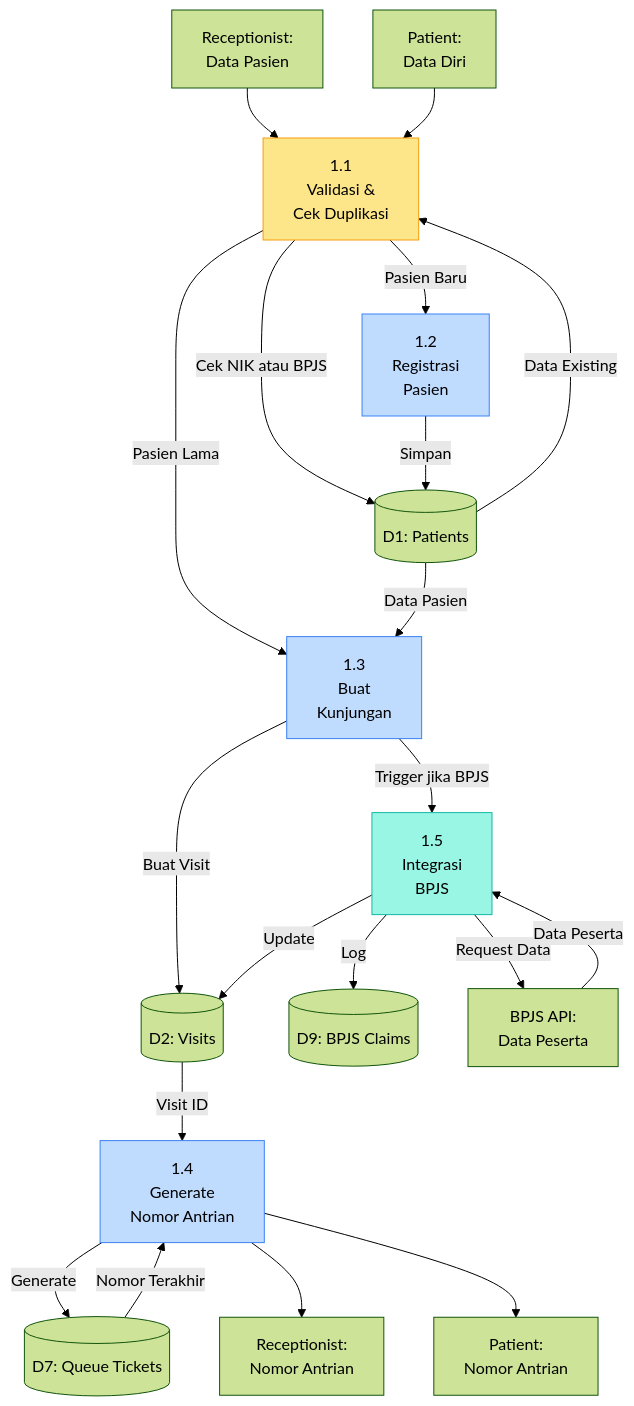
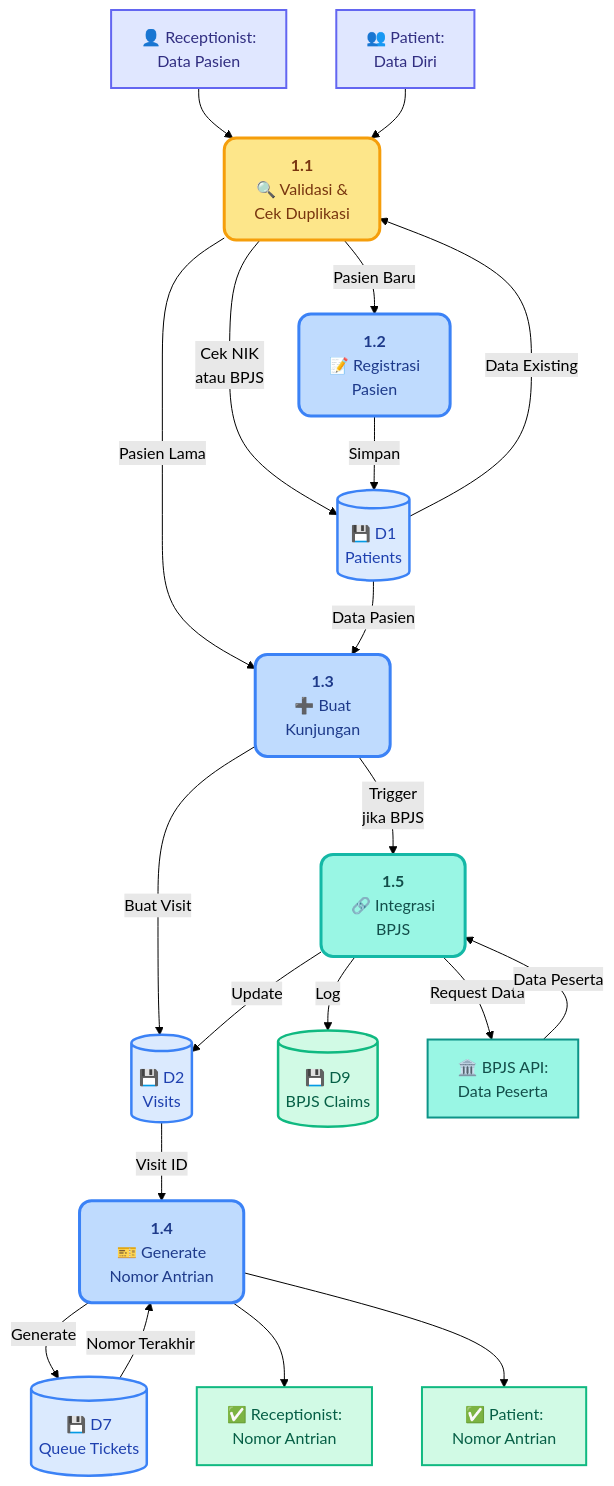
Before and after one commit to Haluluya/Simpus: the third of 7 diagrams in docs/dfd.md, drawn with Mermaid (forest theme). The commit also changed other lines of this file, not shown here.

````diff
--- a/docs/dfd.md
+++ b/docs/dfd.md
@@ -234,57 +266,69 @@
 ```mermaid
 flowchart TB
     %% Inputs
-    IN1[Receptionist:<br/>Data Pasien]
-    IN2[Patient:<br/>Data Diri]
-    
+    IN1["👤 Receptionist:<br/>Data Pasien"]
+    IN2["👥 Patient:<br/>Data Diri"]
+
     %% Sub-processes
-    P11[1.1<br/>Validasi &<br/>Cek Duplikasi]
-    P12[1.2<br/>Registrasi<br/>Pasien]
-    P13[1.3<br/>Buat<br/>Kunjungan]
-    P14[1.4<br/>Generate<br/>Nomor Antrian]
-    P15[1.5<br/>Integrasi<br/>BPJS]
-    
+    P11["<b>1.1</b><br/>🔍 Validasi &<br/>Cek Duplikasi"]
+    P12["<b>1.2</b><br/>📝 Registrasi<br/>Pasien"]
+    P13["<b>1.3</b><br/>➕ Buat<br/>Kunjungan"]
+    P14["<b>1.4</b><br/>🎫 Generate<br/>Nomor Antrian"]
+    P15["<b>1.5</b><br/>🔗 Integrasi<br/>BPJS"]
+
     %% Data Stores
-    DS1[(D1: Patients)]
-    DS2[(D2: Visits)]
-    DS7[(D7: Queue Tickets)]
-    DS9[(D9: BPJS Claims)]
-    
+    DS1[("💾 D1<br/>Patients")]
+    DS2[("💾 D2<br/>Visits")]
+    DS7[("💾 D7<br/>Queue Tickets")]
+    DS9[("💾 D9<br/>BPJS Claims")]
+
     %% Outputs
-    OUT1[Receptionist:<br/>Nomor Antrian]
-    OUT2[Patient:<br/>Nomor Antrian]
-    BPJS[BPJS API:<br/>Data Peserta]
-    
+    OUT1["✅ Receptionist:<br/>Nomor Antrian"]
+    OUT2["✅ Patient:<br/>Nomor Antrian"]
+    BPJS["🏛️ BPJS API:<br/>Data Peserta"]
+
     %% Flow
     IN1 --> P11
     IN2 --> P11
-    P11 -->|Cek NIK atau BPJS| DS1
-    DS1 -->|Data Existing| P11
-    
-    P11 -->|Pasien Baru| P12
-    P11 -->|Pasien Lama| P13
-    
-    P12 -->|Simpan| DS1
-    
-    P13 -->|Buat Visit| DS2
-    DS1 -->|Data Pasien| P13
-    
-    P13 -->|Trigger jika BPJS| P15
-    P15 -->|Request Data| BPJS
-    BPJS -->|Data Peserta| P15
-    P15 -->|Update| DS2
-    P15 -->|Log| DS9
-    
-    DS2 -->|Visit ID| P14
-    P14 -->|Generate| DS7
-    DS7 -->|Nomor Terakhir| P14
-    
+    P11 -->|"Cek NIK<br/>atau BPJS"| DS1
+    DS1 -->|"Data Existing"| P11
+
+    P11 -->|"Pasien Baru"| P12
+    P11 -->|"Pasien Lama"| P13
+
+    P12 -->|"Simpan"| DS1
+
+    P13 -->|"Buat Visit"| DS2
+    DS1 -->|"Data Pasien"| P13
+
+    P13 -->|"Trigger<br/>jika BPJS"| P15
+    P15 -->|"Request Data"| BPJS
+    BPJS -->|"Data Peserta"| P15
+    P15 -->|"Update"| DS2
+    P15 -->|"Log"| DS9
+
+    DS2 -->|"Visit ID"| P14
+    P14 -->|"Generate"| DS7
+    DS7 -->|"Nomor Terakhir"| P14
+
     P14 --> OUT1
     P14 --> OUT2
-    
-    style P11 fill:#fde68a,stroke:#f59e0b
-    style P12 fill:#bfdbfe,stroke:#3b82f6
-    style P13 fill:#bfdbfe,stroke:#3b82f6
-    style P14 fill:#bfdbfe,stroke:#3b82f6
-    style P15 fill:#99f6e4,stroke:#14b8a6
+
+    %% Modern Styling
+    style P11 fill:#fde68a,stroke:#f59e0b,stroke-width:3px,color:#78350f,rx:12,ry:12
+    style P12 fill:#bfdbfe,stroke:#3b82f6,stroke-width:3px,color:#1e3a8a,rx:12,ry:12
+    style P13 fill:#bfdbfe,stroke:#3b82f6,stroke-width:3px,color:#1e3a8a,rx:12,ry:12
+    style P14 fill:#bfdbfe,stroke:#3b82f6,stroke-width:3px,color:#1e3a8a,rx:12,ry:12
+    style P15 fill:#99f6e4,stroke:#14b8a6,stroke-width:3px,color:#134e4a,rx:12,ry:12
+
+    style DS1 fill:#dbeafe,stroke:#3b82f6,stroke-width:2.5px,color:#1e40af
+    style DS2 fill:#dbeafe,stroke:#3b82f6,stroke-width:2.5px,color:#1e40af
+    style DS7 fill:#dbeafe,stroke:#3b82f6,stroke-width:2.5px,color:#1e40af
+    style DS9 fill:#d1fae5,stroke:#10b981,stroke-width:2.5px,color:#065f46
+
+    style IN1 fill:#e0e7ff,stroke:#6366f1,stroke-width:2px,color:#312e81
+    style IN2 fill:#e0e7ff,stroke:#6366f1,stroke-width:2px,color:#312e81
+    style OUT1 fill:#d1fae5,stroke:#10b981,stroke-width:2px,color:#065f46
+    style OUT2 fill:#d1fae5,stroke:#10b981,stroke-width:2px,color:#065f46
+    style BPJS fill:#99f6e4,stroke:#0d9488,stroke-width:2px,color:#134e4a
 ```
````
